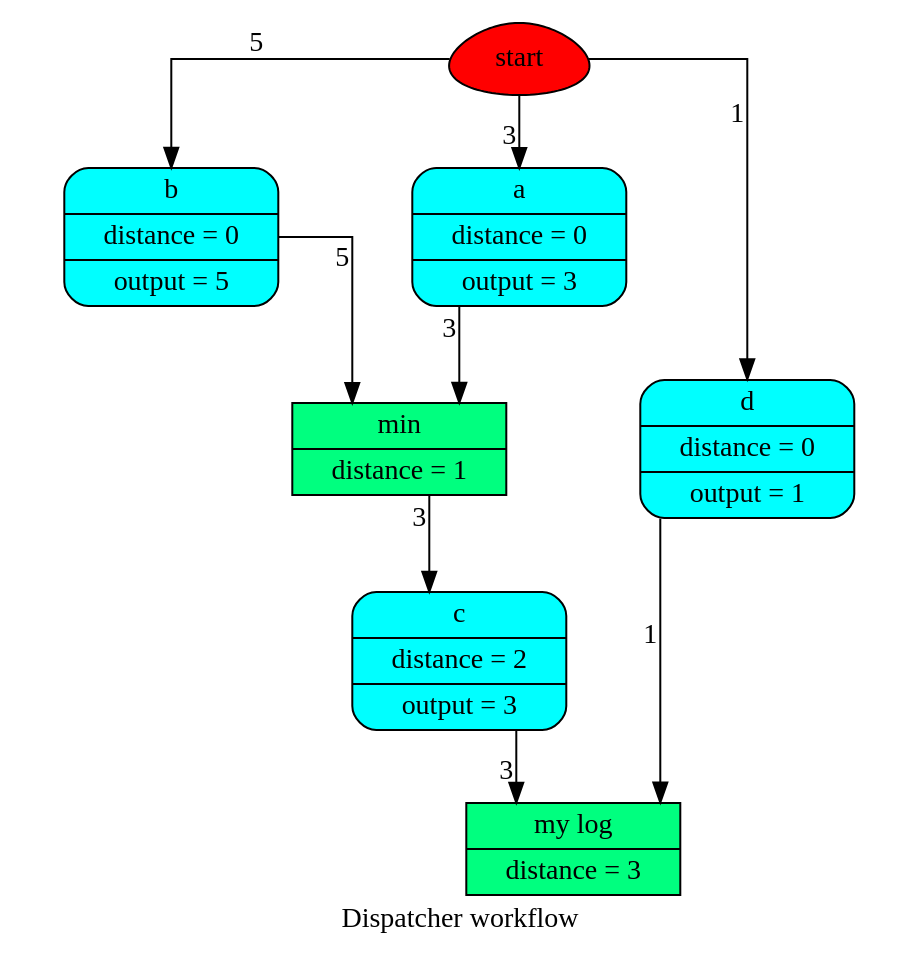
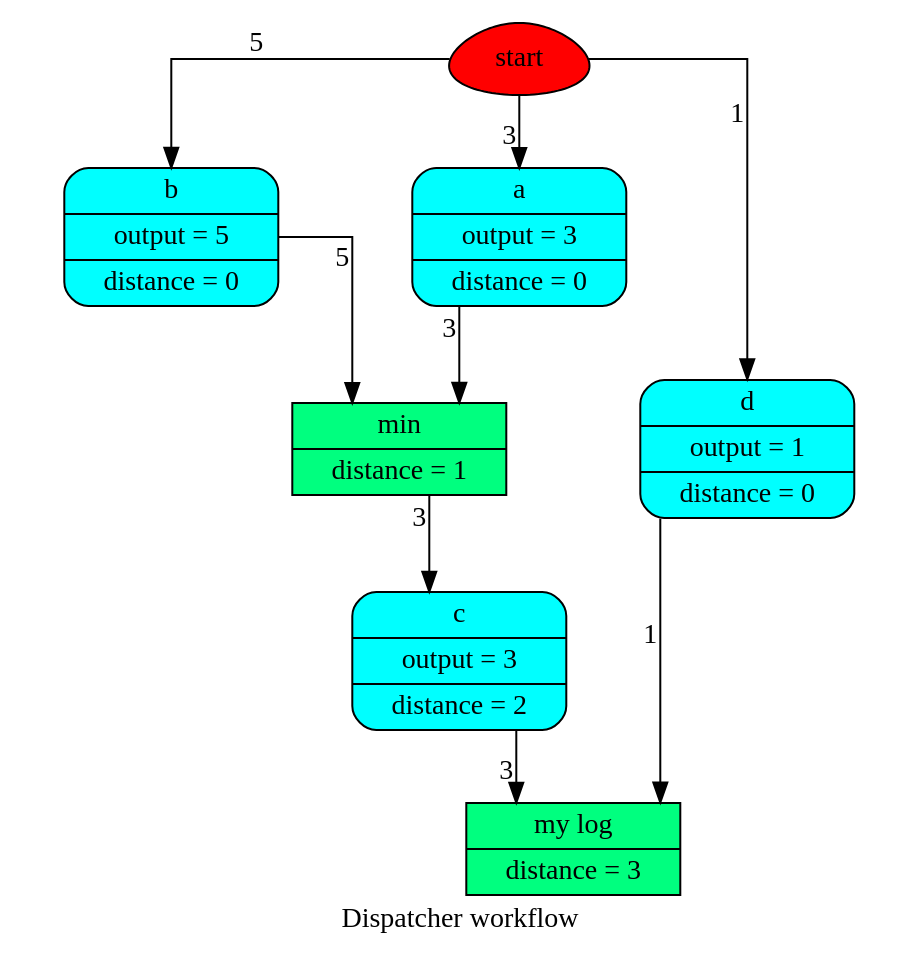
The diagram in doc/source/dispatcher/__init__/dispatch/wf3.dot (vinci1it2000/schedula), drawn with Graphviz before and after one commit. The commit also changed 23 other files, not shown here.

```diff
--- a/doc/source/dispatcher/__init__/dispatch/wf3.dot
+++ b/doc/source/dispatcher/__init__/dispatch/wf3.dot
@@ -1,21 +1,21 @@
 digraph Dispatcher {
 	graph [ratio=1]
 	node [style=filled]
 	splines = ortho
 	label = "Dispatcher workflow"
-		Dispatcher_4373643456 [label=start fillcolor=red shape=egg]
-		Dispatcher_2822803944687601939 [label="{ my log | distance = 3 }" fillcolor=springgreen shape=record]
-		Dispatcher_8642698689935103924 [label="{ c | distance = 2 | output = 3 }" fillcolor=cyan shape=Mrecord]
-		Dispatcher_4091537378154039687 [label="{ b | distance = 0 | output = 5 }" fillcolor=cyan shape=Mrecord]
-		"Dispatcher_-5410480096546471463" [label="{ min | distance = 1 }" fillcolor=springgreen shape=record]
-		"Dispatcher_-1841214044933314468" [label="{ a | distance = 0 | output = 3 }" fillcolor=cyan shape=Mrecord]
-		"Dispatcher_-4429513020801161489" [label="{ d | distance = 0 | output = 1 }" fillcolor=cyan shape=Mrecord]
-			Dispatcher_4373643456 -> "Dispatcher_-4429513020801161489" [xlabel=1]
-			Dispatcher_4373643456 -> "Dispatcher_-1841214044933314468" [xlabel=3]
-			Dispatcher_4373643456 -> Dispatcher_4091537378154039687 [xlabel=5]
-			Dispatcher_8642698689935103924 -> Dispatcher_2822803944687601939 [xlabel=3]
-			Dispatcher_4091537378154039687 -> "Dispatcher_-5410480096546471463" [xlabel=5]
-			"Dispatcher_-5410480096546471463" -> Dispatcher_8642698689935103924 [xlabel=3]
-			"Dispatcher_-1841214044933314468" -> "Dispatcher_-5410480096546471463" [xlabel=3]
-			"Dispatcher_-4429513020801161489" -> Dispatcher_2822803944687601939 [xlabel=1]
+		Dispatcher_4372648248 [label=start fillcolor=red shape=egg]
+		"Dispatcher_-8069443800989944208" [label="{ c | output = 3 | distance = 2 }" fillcolor=cyan shape=Mrecord]
+		"Dispatcher_-2616412021160338383" [label="{ min | distance = 1 }" fillcolor=springgreen shape=record]
+		"Dispatcher_-4868960230063457645" [label="{ b | output = 5 | distance = 0 }" fillcolor=cyan shape=Mrecord]
+		"Dispatcher_-6154672520566587020" [label="{ a | output = 3 | distance = 0 }" fillcolor=cyan shape=Mrecord]
+		Dispatcher_8292886482098159717 [label="{ d | output = 1 | distance = 0 }" fillcolor=cyan shape=Mrecord]
+		Dispatcher_2516145115022043129 [label="{ my log | distance = 3 }" fillcolor=springgreen shape=record]
+			"Dispatcher_-8069443800989944208" -> Dispatcher_2516145115022043129 [xlabel=3]
+			"Dispatcher_-2616412021160338383" -> "Dispatcher_-8069443800989944208" [xlabel=3]
+			"Dispatcher_-4868960230063457645" -> "Dispatcher_-2616412021160338383" [xlabel=5]
+			"Dispatcher_-6154672520566587020" -> "Dispatcher_-2616412021160338383" [xlabel=3]
+			Dispatcher_8292886482098159717 -> Dispatcher_2516145115022043129 [xlabel=1]
+			Dispatcher_4372648248 -> "Dispatcher_-4868960230063457645" [xlabel=5]
+			Dispatcher_4372648248 -> "Dispatcher_-6154672520566587020" [xlabel=3]
+			Dispatcher_4372648248 -> Dispatcher_8292886482098159717 [xlabel=1]
 }
```
